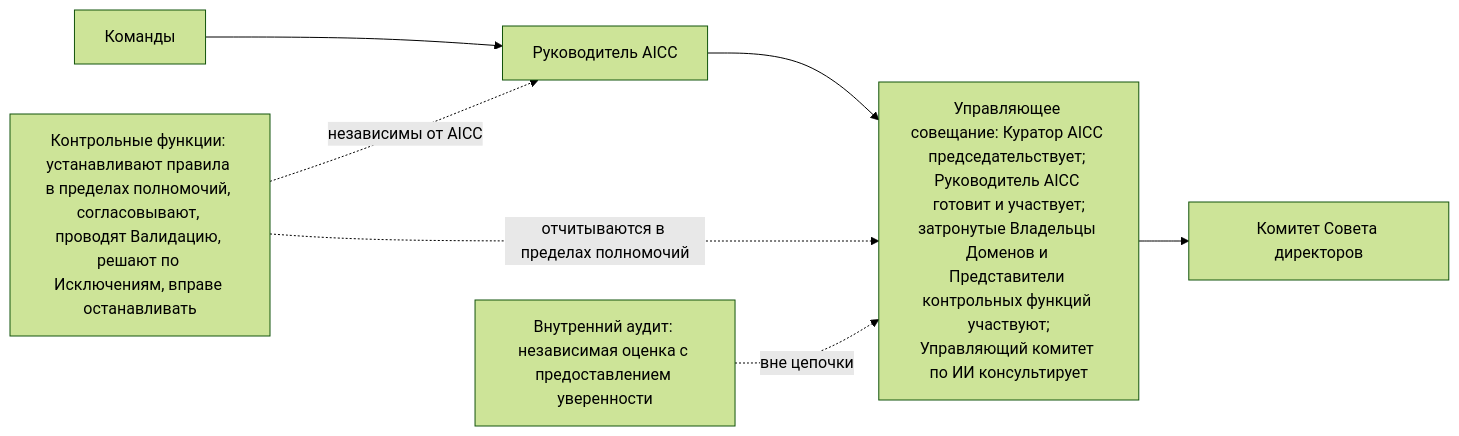
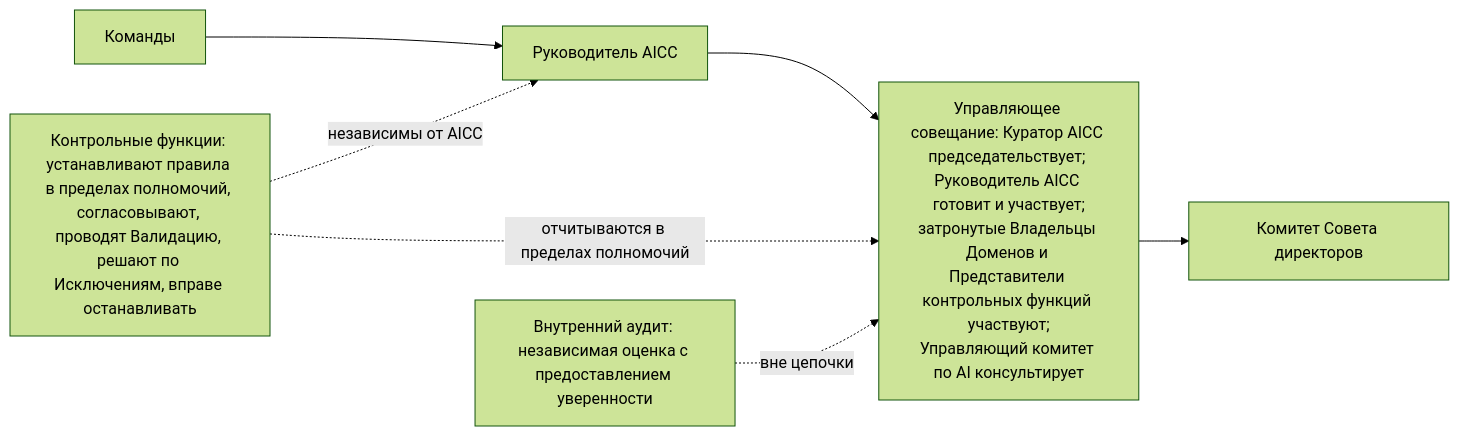
The fifth of 6 diagrams in charter/ru/workflows/unit-governance.md (devhogu/ob-aicc), drawn with Mermaid (forest theme) before and after one commit. The commit also changed other lines of this file and 768 other files, not shown here.

````diff
--- a/charter/ru/workflows/unit-governance.md
+++ b/charter/ru/workflows/unit-governance.md
@@ -156,7 +156,7 @@
 ```mermaid
 flowchart LR
-  T["Команды"] --> L["Руководитель AICC"] --> S["Управляющее совещание: Куратор AICC председательствует; Руководитель AICC готовит и участвует;<br/>затронутые Владельцы Доменов и Представители контрольных функций участвуют;<br/>Управляющий комитет по ИИ консультирует"] --> B["Комитет Совета директоров"]
+  T["Команды"] --> L["Руководитель AICC"] --> S["Управляющее совещание: Куратор AICC председательствует; Руководитель AICC готовит и участвует;<br/>затронутые Владельцы Доменов и Представители контрольных функций участвуют;<br/>Управляющий комитет по AI консультирует"] --> B["Комитет Совета директоров"]
   CF["Контрольные функции: устанавливают правила в пределах полномочий, согласовывают, проводят Валидацию, решают по Исключениям, вправе останавливать"] -.->|"независимы от AICC"| L
   CF -.->|"отчитываются в пределах полномочий"| S
   IA["Внутренний аудит: независимая оценка с предоставлением уверенности"] -.->|"вне цепочки"| S
 ```
````
